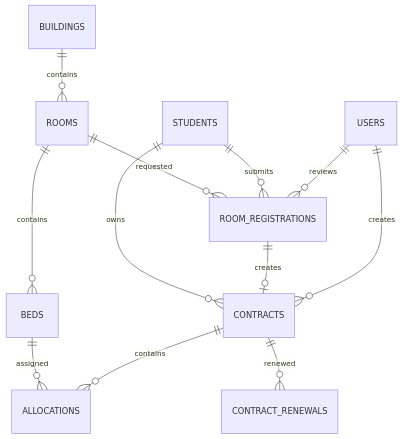
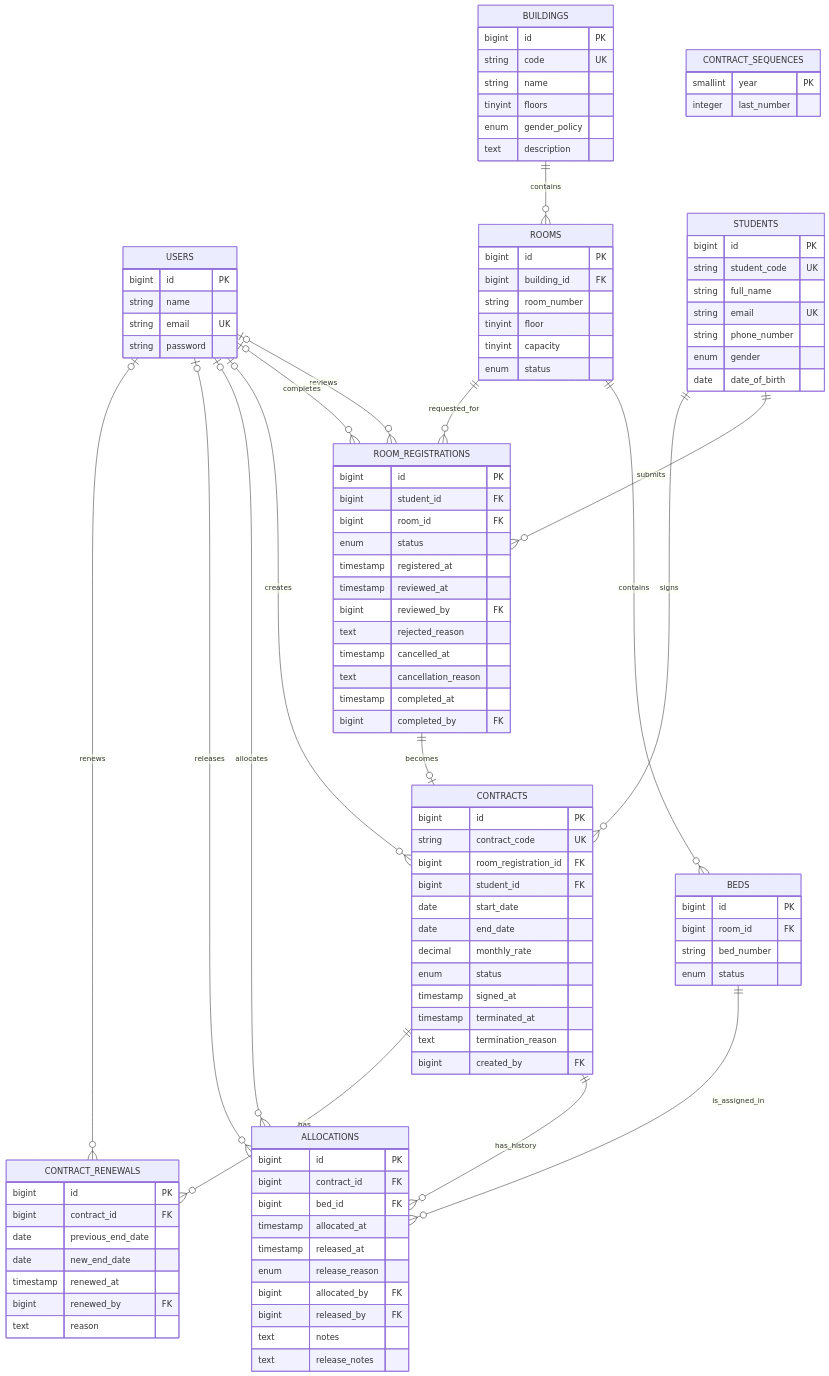
Before and after one commit to thieubaviett04/Dormitory-Management-System: the first of 3 diagrams in docs/design/erd.md, drawn with Mermaid. The commit also changed other lines of this file, not shown here.

Commit message:
docs: expand database ERD

````diff
--- a/docs/design/erd.md
+++ b/docs/design/erd.md
@@ -5,14 +7,118 @@
 ```mermaid
 erDiagram
-    USERS ||--o{ ROOM_REGISTRATIONS : reviews
-    USERS ||--o{ CONTRACTS : creates
+    USERS {
+        bigint id PK
+        string name
+        string email UK
+        string password
+    }
+
+    BUILDINGS {
+        bigint id PK
+        string code UK
+        string name
+        tinyint floors
+        enum gender_policy
+        text description
+    }
+
+    ROOMS {
+        bigint id PK
+        bigint building_id FK
+        string room_number
+        tinyint floor
+        tinyint capacity
+        enum status
+    }
+
+    BEDS {
+        bigint id PK
+        bigint room_id FK
+        string bed_number
+        enum status
+    }
+
+    STUDENTS {
+        bigint id PK
+        string student_code UK
+        string full_name
+        string email UK
+        string phone_number
+        enum gender
+        date date_of_birth
+    }
+
+    ROOM_REGISTRATIONS {
+        bigint id PK
+        bigint student_id FK
+        bigint room_id FK
+        enum status
+        timestamp registered_at
+        timestamp reviewed_at
+        bigint reviewed_by FK
+        text rejected_reason
+        timestamp cancelled_at
+        text cancellation_reason
+        timestamp completed_at
+        bigint completed_by FK
+    }
+
+    CONTRACTS {
+        bigint id PK
+        string contract_code UK
+        bigint room_registration_id FK
+        bigint student_id FK
+        date start_date
+        date end_date
+        decimal monthly_rate
+        enum status
+        timestamp signed_at
+        timestamp terminated_at
+        text termination_reason
+        bigint created_by FK
+    }
+
+    ALLOCATIONS {
+        bigint id PK
+        bigint contract_id FK
+        bigint bed_id FK
+        timestamp allocated_at
+        timestamp released_at
+        enum release_reason
+        bigint allocated_by FK
+        bigint released_by FK
+        text notes
+        text release_notes
+    }
+
+    CONTRACT_RENEWALS {
+        bigint id PK
+        bigint contract_id FK
+        date previous_end_date
+        date new_end_date
+        timestamp renewed_at
+        bigint renewed_by FK
+        text reason
+    }
+
+    CONTRACT_SEQUENCES {
+        smallint year PK
+        integer last_number
+    }
+
     BUILDINGS ||--o{ ROOMS : contains
     ROOMS ||--o{ BEDS : contains
     STUDENTS ||--o{ ROOM_REGISTRATIONS : submits
-    ROOMS ||--o{ ROOM_REGISTRATIONS : requested
-    ROOM_REGISTRATIONS ||--o| CONTRACTS : creates
-    STUDENTS ||--o{ CONTRACTS : owns
-    CONTRACTS ||--o{ ALLOCATIONS : contains
-    BEDS ||--o{ ALLOCATIONS : assigned
-    CONTRACTS ||--o{ CONTRACT_RENEWALS : renewed
+    ROOMS ||--o{ ROOM_REGISTRATIONS : requested_for
+    USERS o|--o{ ROOM_REGISTRATIONS : reviews
+    USERS o|--o{ ROOM_REGISTRATIONS : completes
+    ROOM_REGISTRATIONS ||--o| CONTRACTS : becomes
+    STUDENTS ||--o{ CONTRACTS : signs
+    USERS o|--o{ CONTRACTS : creates
+    CONTRACTS ||--o{ ALLOCATIONS : has_history
+    BEDS ||--o{ ALLOCATIONS : is_assigned_in
+    USERS o|--o{ ALLOCATIONS : allocates
+    USERS o|--o{ ALLOCATIONS : releases
+    CONTRACTS ||--o{ CONTRACT_RENEWALS : has
+    USERS o|--o{ CONTRACT_RENEWALS : renews
 ```
````
